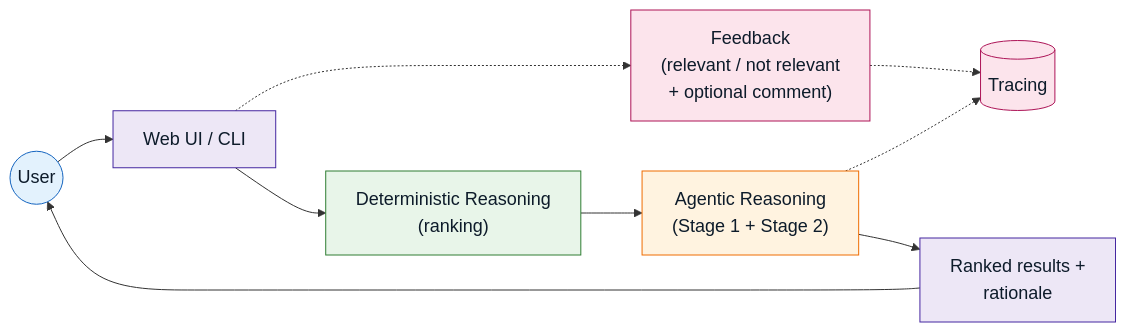
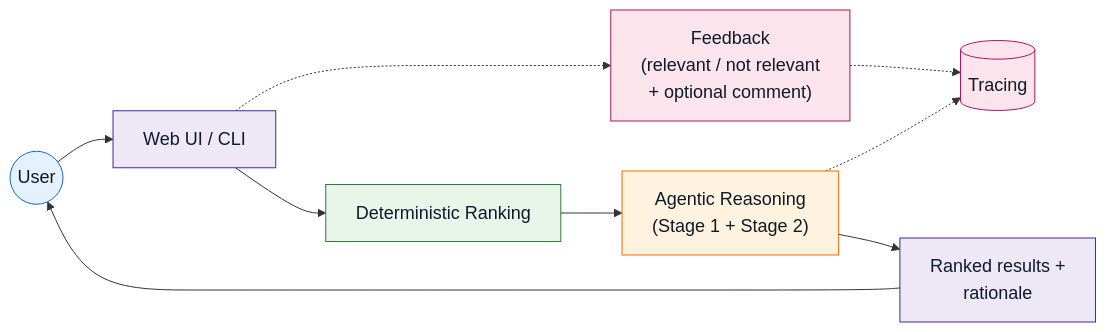
Before and after one commit to pnkjsyngh/ma-acquirer-identification-engine: the first of 4 diagrams in README.md, drawn with Mermaid. The commit also changed other lines of this file and 2 other files, not shown here.

First line of the commit message:
docs: restructure README into an architecture-first walkthrough

````diff
--- a/README.md
+++ b/README.md
@@ -103,29 +16,29 @@
 ```mermaid
 %%{init: {'themeVariables': {'fontSize': '18px'}}}%%
 flowchart LR
     TRACE[("Tracing")]
     FEEDBACK["Feedback\n(relevant / not relevant\n+ optional comment)"]
 
     USER(("User"))
     UI["Web UI / CLI"]
-    DET["Deterministic Reasoning\n(ranking)"]
+    DET["Deterministic Ranking"]
     AGENT["Agentic Reasoning\n(Stage 1 + Stage 2)"]
     RESULTS["Ranked results +\nrationale"]
 
     AGENT -.-> TRACE
     UI -.-> FEEDBACK -.-> TRACE
 
     USER --> UI --> DET --> AGENT --> RESULTS --> USER
 
     classDef actorNode fill:#e3f2fd,stroke:#1565c0,color:#0d1b2a
     classDef uiNode fill:#ede7f6,stroke:#4527a0,color:#0d1b2a
     classDef deterministicNode fill:#e8f5e9,stroke:#2e7d32,color:#0d1b2a
     classDef agentNode fill:#fff3e0,stroke:#ef6c00,color:#0d1b2a
     classDef sideNode fill:#fce4ec,stroke:#ad1457,color:#0d1b2a
 
     class USER actorNode
     class UI,RESULTS uiNode
     class DET deterministicNode
     class AGENT agentNode
     class TRACE,FEEDBACK sideNode
 ```
````
